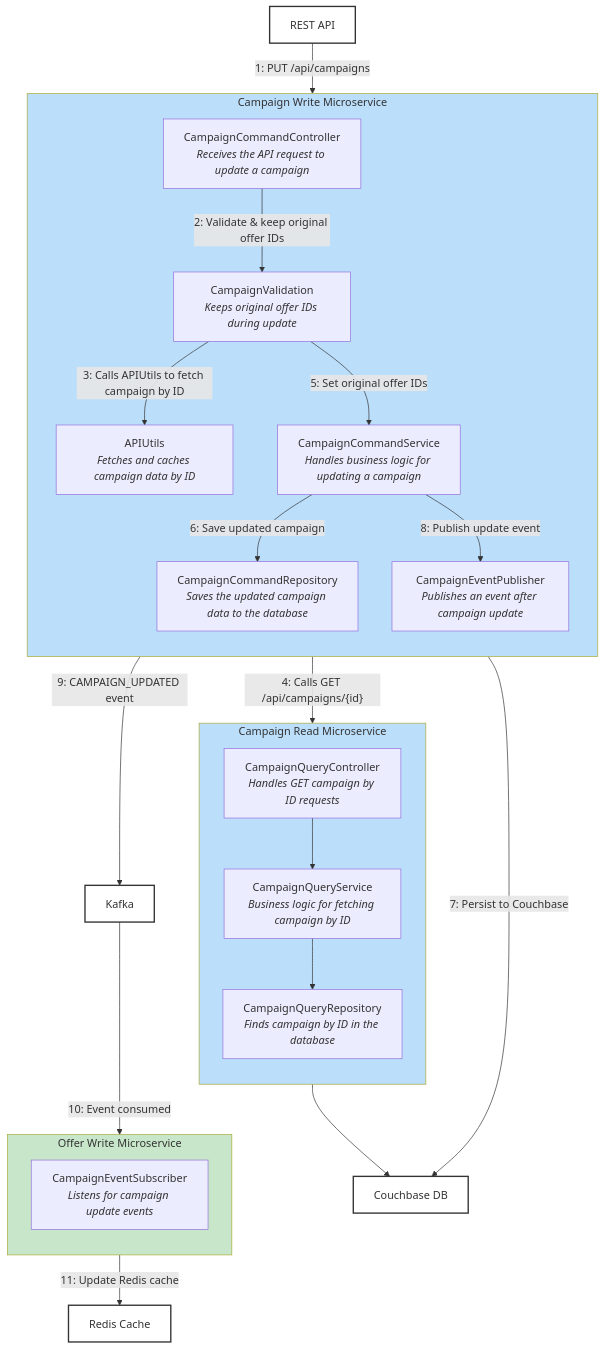
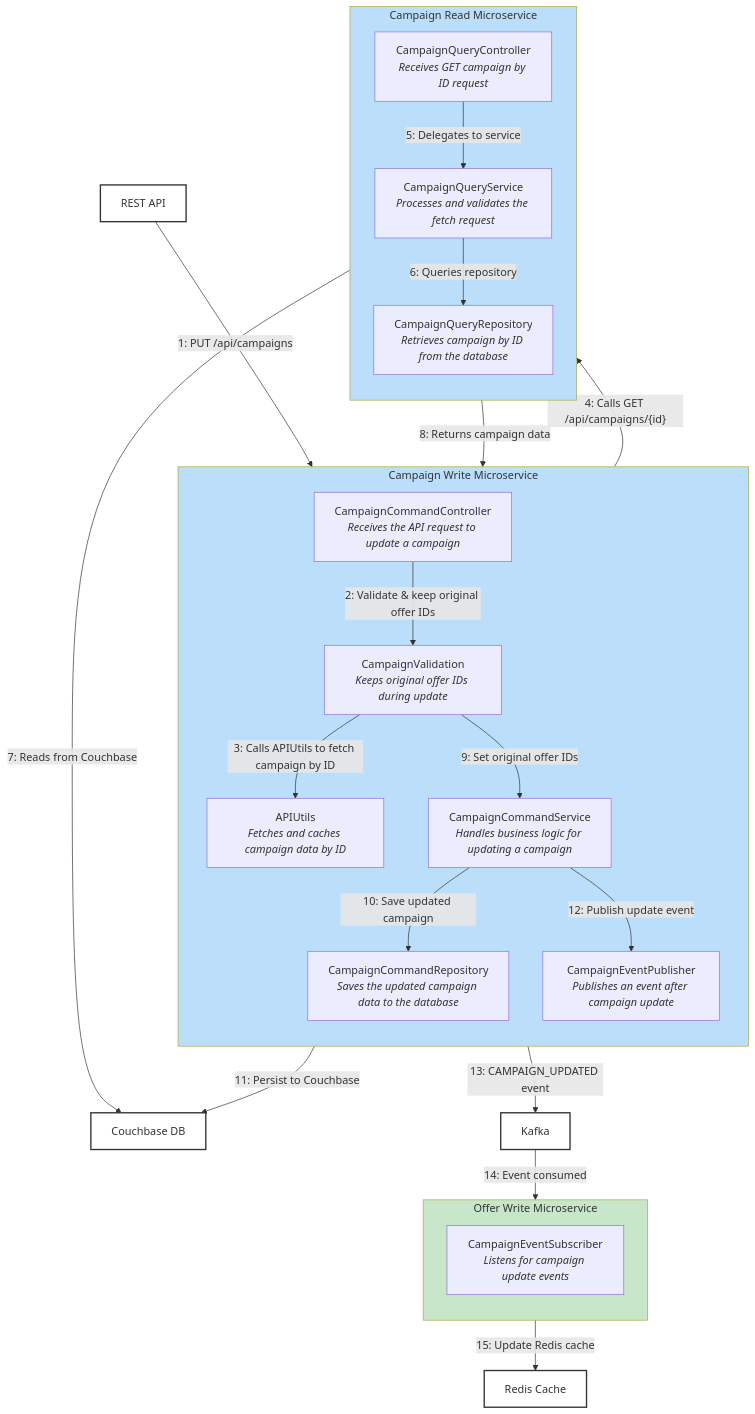
The diagram in _readme_assets/update_campaign.mermaid (aakashkumar1980/apps-microservices), drawn with Mermaid before and after one commit.

Commit message:
updated and refactored

```diff
--- a/_readme_assets/update_campaign.mermaid
+++ b/_readme_assets/update_campaign.mermaid
@@ -1,56 +1,57 @@
 ---
 config:
   layout: dagre
 ---
 flowchart TD
     subgraph subGraph4["Campaign Write Microservice"]
         direction TB
         c1["CampaignCommandController<br/><i>Receives the API request to update a campaign</i>"]
         v1["CampaignValidation<br/><i>Keeps original offer IDs during update</i>"]
         u1["APIUtils<br/><i>Fetches and caches campaign data by ID</i>"]
         s1["CampaignCommandService<br/><i>Handles business logic for updating a campaign</i>"]
         r1["CampaignCommandRepository<br/><i>Saves the updated campaign data to the database</i>"]
         e1["CampaignEventPublisher<br/><i>Publishes an event after campaign update</i>"]
     end
     subgraph subGraph5["Campaign Read Microservice"]
         direction TB
-        cr1["CampaignQueryController<br/><i>Handles GET campaign by ID requests</i>"]
-        crs1["CampaignQueryService<br/><i>Business logic for fetching campaign by ID</i>"]
-        crr1["CampaignQueryRepository<br/><i>Finds campaign by ID in the database</i>"]
+        cr1["CampaignQueryController<br/><i>Receives GET campaign by ID request</i>"]
+        crs1["CampaignQueryService<br/><i>Processes and validates the fetch request</i>"]
+        crr1["CampaignQueryRepository<br/><i>Retrieves campaign by ID from the database</i>"]
     end
     subgraph subGraph7["Offer Write Microservice"]
         direction TB
         oesub["CampaignEventSubscriber<br/><i>Listens for campaign update events</i>"]
     end
     postman["REST API"]
     couchbase["Couchbase DB"]
     kafka["Kafka"]
     redis["Redis Cache"]
 
     postman -- "1: PUT /api/campaigns" --> c1
     c1 -- "2: Validate & keep original offer IDs" --> v1
     v1 -- "3: Calls APIUtils to fetch campaign by ID" --> u1
     u1 -- "4: Calls GET /api/campaigns/{id}" --> cr1
-    cr1 --> crs1
-    crs1 --> crr1
-    crr1 --> couchbase
-    v1 -- "5: Set original offer IDs" --> s1
-    s1 -- "6: Save updated campaign" --> r1
-    r1 -- "7: Persist to Couchbase" --> couchbase
-    s1 -- "8: Publish update event" --> e1
-    e1 -- "9: CAMPAIGN_UPDATED event" --> kafka
-    kafka -- "10: Event consumed" --> oesub
-    oesub -- "11: Update Redis cache" --> redis
+    cr1 -- "5: Delegates to service" --> crs1
+    crs1 -- "6: Queries repository" --> crr1
+    crr1 -- "7: Reads from Couchbase" --> couchbase
+    cr1 -- "8: Returns campaign data" --> u1
+    v1 -- "9: Set original offer IDs" --> s1
+    s1 -- "10: Save updated campaign" --> r1
+    r1 -- "11: Persist to Couchbase" --> couchbase
+    s1 -- "12: Publish update event" --> e1
+    e1 -- "13: CAMPAIGN_UPDATED event" --> kafka
+    kafka -- "14: Event consumed" --> oesub
+    oesub -- "15: Update Redis cache" --> redis
 
     %% Styling
     postman:::ext
     couchbase:::ext
     kafka:::ext
     redis:::ext
     classDef ext fill:#fff,stroke:#333,stroke-width:2px
     style subGraph4 fill:#BBDEFB
     style subGraph5 fill:#BBDEFB
     style subGraph7 fill:#C8E6C9
 
     %% Notes:
     %% Mermaid does not support images, 3D effects, or advanced shading in nodes.
```
